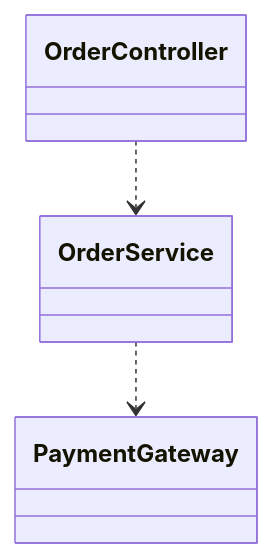
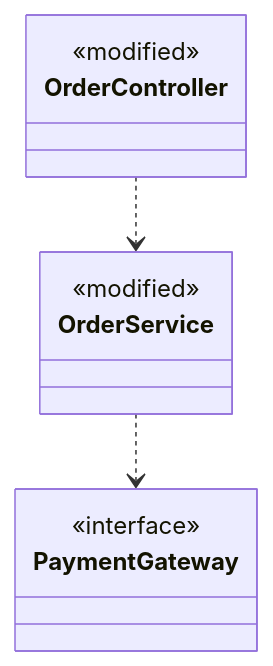
One commit to chienchien6/waterball changed the fifth of 6 diagrams in .agents/skills/plan-with-class-diagram/rules/類別圖設計判準.md. Above: the diagram before and after it, drawn with Mermaid. The commit also changed other lines of this file and 2 other files, not shown here.

Commit message:
skill-engineering 來重構 plan-with-class-diagram 在不改變既有行為的前提下，找出可優化之處

````diff
--- a/.agents/skills/plan-with-class-diagram/rules/類別圖設計判準.md
+++ b/.agents/skills/plan-with-class-diagram/rules/類別圖設計判準.md
@@ -78,8 +85,15 @@
 ```mermaid
 classDiagram
-    class PaymentGateway
-    class OrderService
-    class OrderController
+    class PaymentGateway {
+        <<interface>>
+        <<new>>
+    }
+    class OrderService {
+        <<modified>>
+    }
+    class OrderController {
+        <<modified>>
+    }
     OrderService ..> PaymentGateway
     OrderController ..> OrderService
 ```
````
